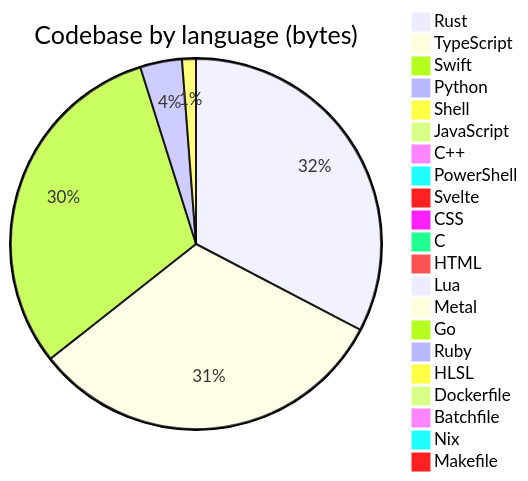
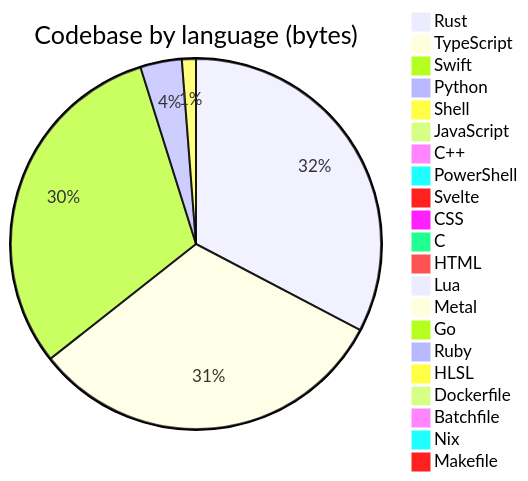
Before and after one commit to Open330/.github: the diagram in profile/README.md, drawn with Mermaid. The commit also changed other lines of this file and 1 other file, not shown here.

````diff
--- a/profile/README.md
+++ b/profile/README.md
@@ -138,24 +138,24 @@
 ```mermaid
 pie title Codebase by language (bytes)
-    "Rust" : 37474987
-    "TypeScript" : 36397615
-    "Swift" : 35299593
-    "Python" : 4185356
-    "Shell" : 1388794
+    "Rust" : 37856008
+    "TypeScript" : 36715542
+    "Swift" : 35648949
+    "Python" : 4196075
+    "Shell" : 1415822
     "JavaScript" : 677910
     "C++" : 388775
     "PowerShell" : 333788
     "Svelte" : 275766
-    "CSS" : 221755
+    "CSS" : 255327
     "C" : 197825
-    "HTML" : 124303
+    "HTML" : 124667
     "Lua" : 48814
     "Metal" : 33192
     "Go" : 22811
-    "Ruby" : 8651
+    "Ruby" : 8989
     "HLSL" : 7527
-    "Dockerfile" : 6402
+    "Dockerfile" : 7454
     "Batchfile" : 5660
     "Nix" : 3168
     "Makefile" : 1692
 ```
````
